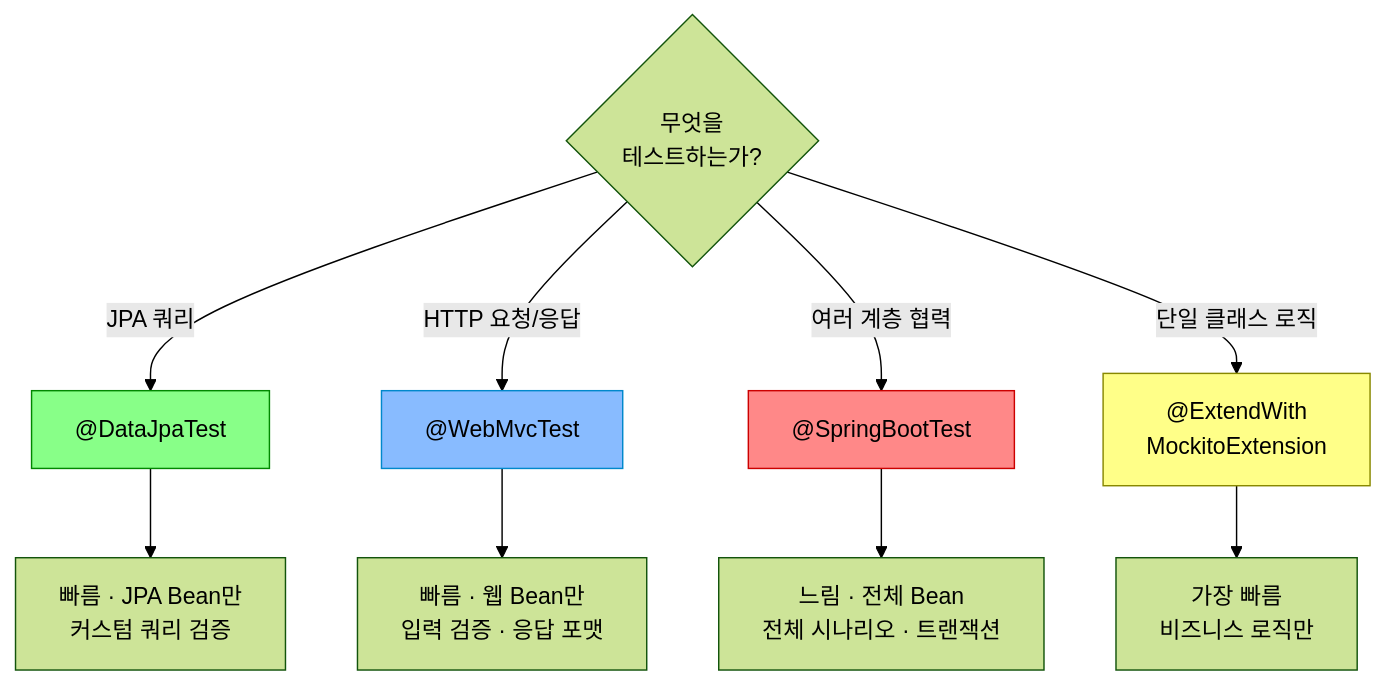
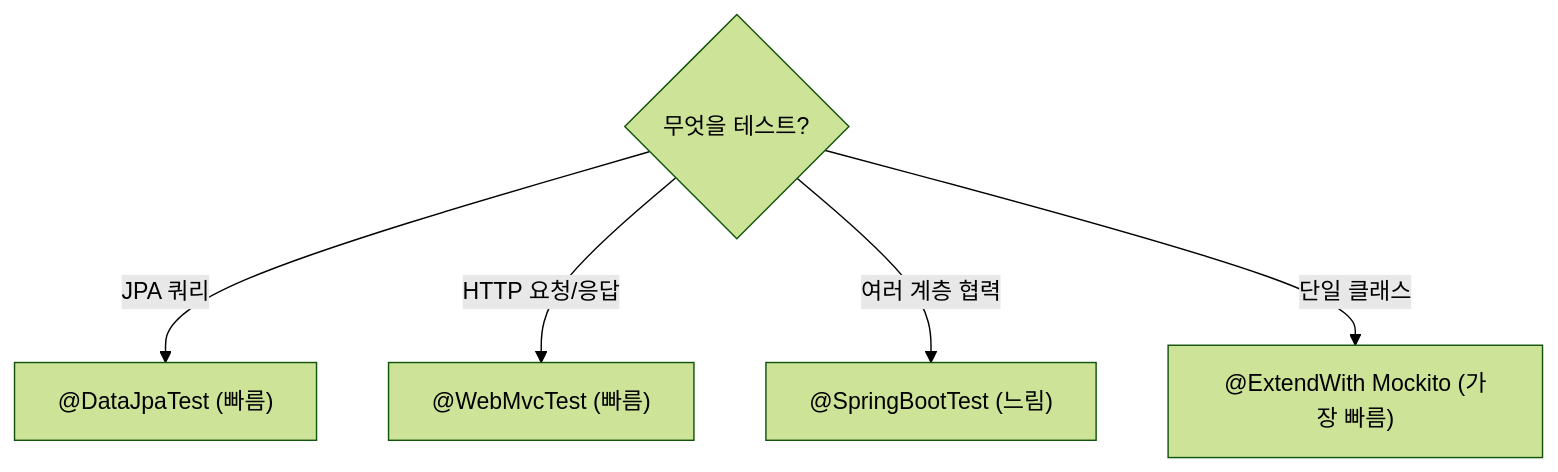
One commit to yjkim2015/yjkim2015.github.io changed the third of 4 diagrams in _posts/test/2026-05-03-integration-testing.md. Above: the diagram before and after it, drawn with Mermaid (forest theme). The commit also changed other lines of this file and 215 other files, not shown here.

First line of the commit message:
신규 포스트 10개 추가 + Mermaid 전면 축소 + SystemDesign 시리즈 보강

````diff
--- a/_posts/test/2026-05-03-integration-testing.md
+++ b/_posts/test/2026-05-03-integration-testing.md
@@ -220,18 +201,8 @@
 ```mermaid
 flowchart TD
-    Q1{"무엇을\n테스트하는가?"}
-    Q1 -->|"JPA 쿼리"| A["@DataJpaTest"]
-    Q1 -->|"HTTP 요청/응답"| B["@WebMvcTest"]
-    Q1 -->|"여러 계층 협력"| C["@SpringBootTest"]
-    Q1 -->|"단일 클래스 로직"| D["@ExtendWith\nMockitoExtension"]
-
-    A --> A1["빠름 · JPA Bean만\n커스텀 쿼리 검증"]
-    B --> B1["빠름 · 웹 Bean만\n입력 검증 · 응답 포맷"]
-    C --> C1["느림 · 전체 Bean\n전체 시나리오 · 트랜잭션"]
-    D --> D1["가장 빠름\n비즈니스 로직만"]
-
-    style A fill:#8f8,stroke:#080,color:#000
-    style B fill:#8bf,stroke:#08c,color:#000
-    style C fill:#f88,stroke:#c00,color:#000
-    style D fill:#ff8,stroke:#880,color:#000
+    Q1{"무엇을 테스트?"}
+    Q1 -->|JPA 쿼리| A["@DataJpaTest (빠름)"]
+    Q1 -->|HTTP 요청/응답| B["@WebMvcTest (빠름)"]
+    Q1 -->|여러 계층 협력| C["@SpringBootTest (느림)"]
+    Q1 -->|단일 클래스| D["@ExtendWith Mockito (가장 빠름)"]
 ```
````
